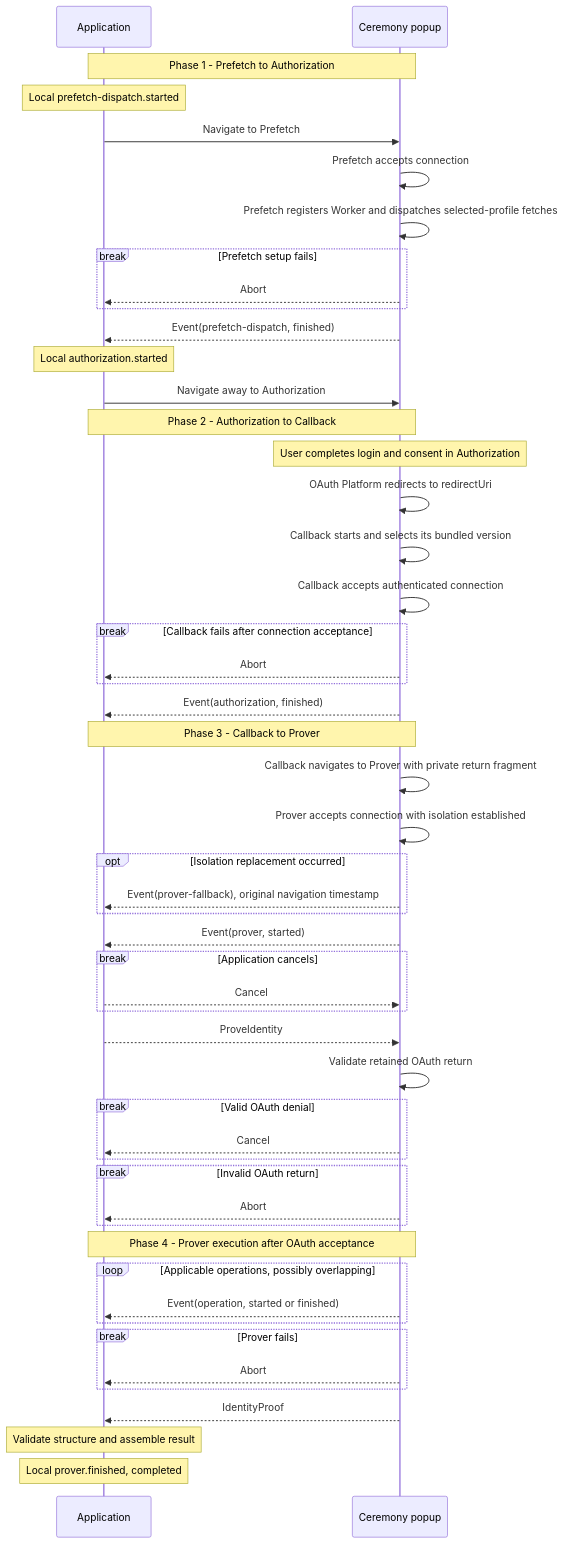
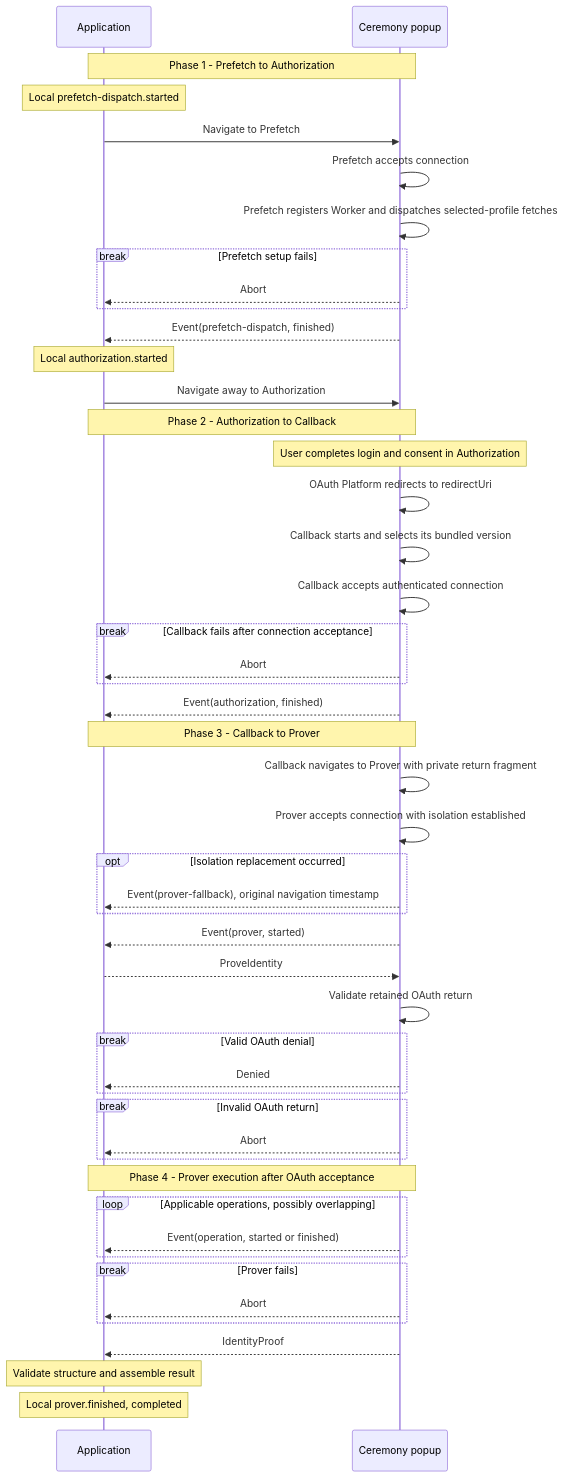
One commit to libid-org/libid changed the diagram in specs/ccdp.md. Above: the diagram before and after it, drawn with Mermaid. The commit also changed other lines of this file, not shown here.

````diff
--- a/specs/ccdp.md
+++ b/specs/ccdp.md
@@ -778,57 +777,54 @@
 ```mermaid
 sequenceDiagram
     participant A as Application
     participant P as Ceremony popup
 
     Note over A,P: Phase 1 - Prefetch to Authorization
     Note over A: Local prefetch-dispatch.started
     A->>P: Navigate to Prefetch
     P->>P: Prefetch accepts connection
     P->>P: Prefetch registers Worker and dispatches selected-profile fetches
     break Prefetch setup fails
         P-->>A: Abort
     end
     P-->>A: Event(prefetch-dispatch, finished)
     Note over A: Local authorization.started
     A->>P: Navigate away to Authorization
 
     Note over A,P: Phase 2 - Authorization to Callback
     Note over P: User completes login and consent in Authorization
     P->>P: OAuth Platform redirects to redirectUri
     P->>P: Callback starts and selects its bundled version
     P->>P: Callback accepts authenticated connection
     break Callback fails after connection acceptance
         P-->>A: Abort
     end
     P-->>A: Event(authorization, finished)
 
     Note over A,P: Phase 3 - Callback to Prover
     P->>P: Callback navigates to Prover with private return fragment
     P->>P: Prover accepts connection with isolation established
     opt Isolation replacement occurred
         P-->>A: Event(prover-fallback), original navigation timestamp
     end
     P-->>A: Event(prover, started)
-    break Application cancels
-        A-->>P: Cancel
-    end
     A-->>P: ProveIdentity
 
     P->>P: Validate retained OAuth return
     break Valid OAuth denial
-        P-->>A: Cancel
+        P-->>A: Denied
     end
     break Invalid OAuth return
         P-->>A: Abort
     end
     Note over A,P: Phase 4 - Prover execution after OAuth acceptance
     loop Applicable operations, possibly overlapping
         P-->>A: Event(operation, started or finished)
     end
     break Prover fails
         P-->>A: Abort
     end
     P-->>A: IdentityProof
     Note over A: Validate structure and assemble result
     Note over A: Local prover.finished, completed
 ```
````
